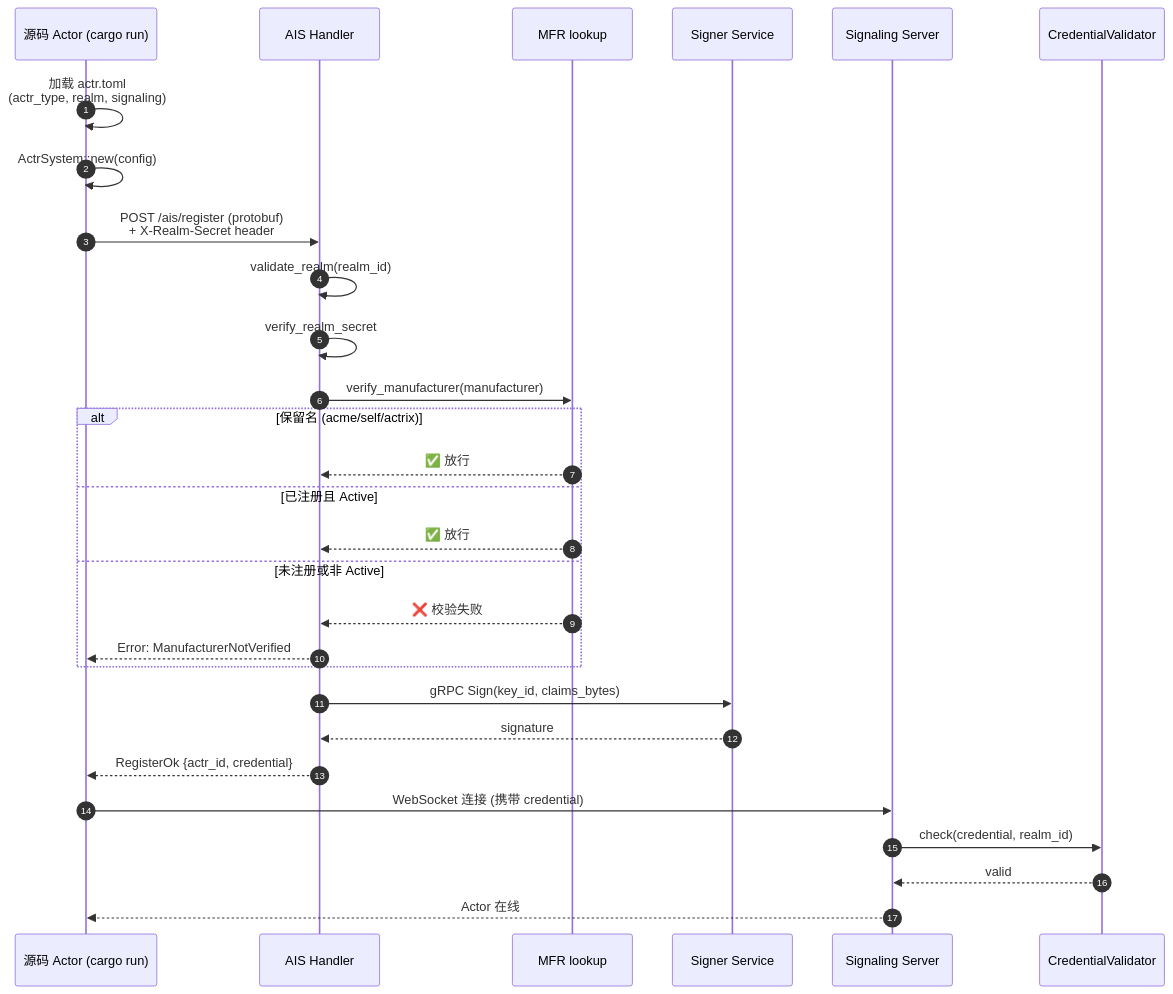
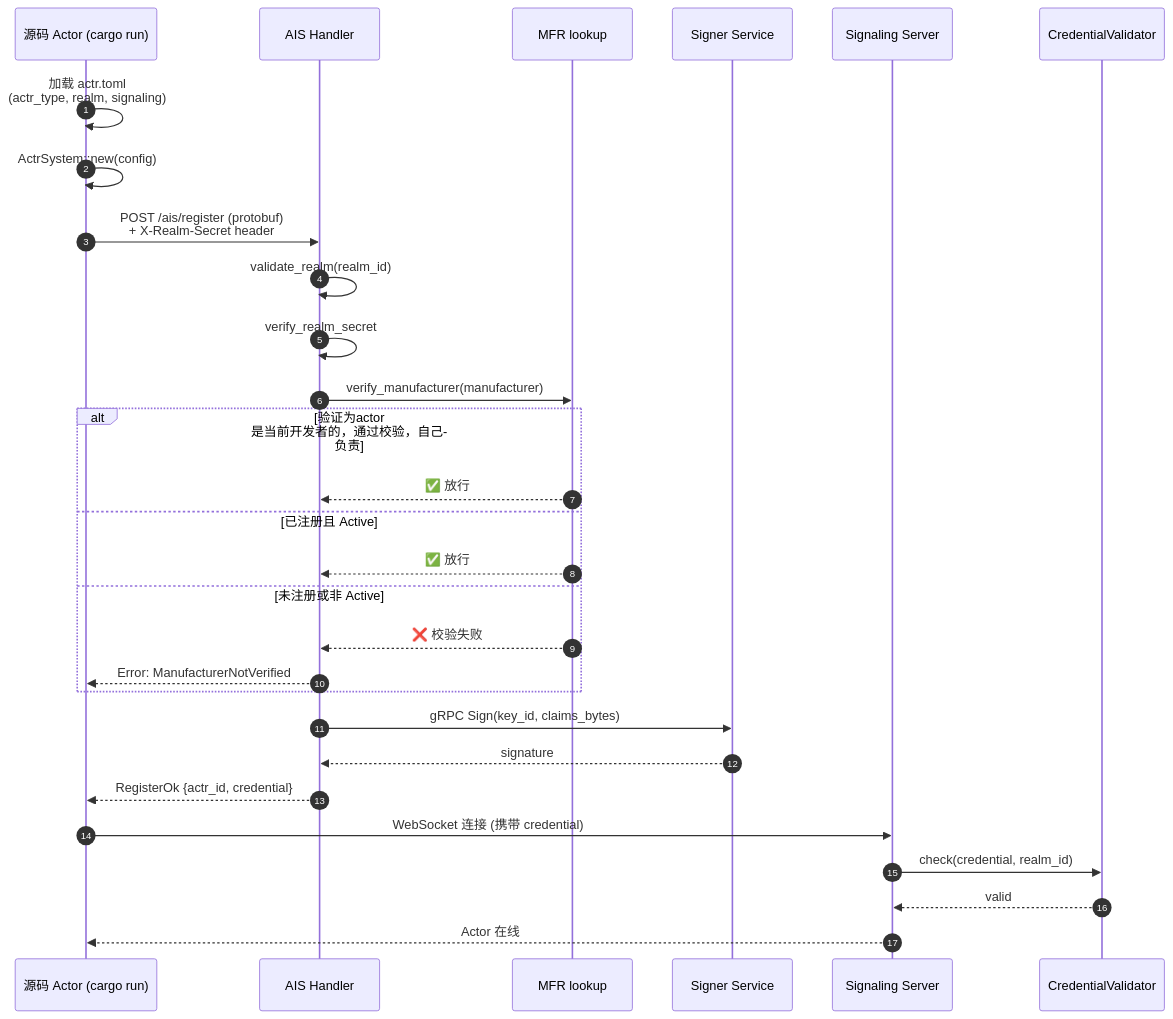
Before and after one commit to Actrium/actr: the ninth of 9 diagrams in docs/actr-sign-sequence-diagram.zh.md, drawn with Mermaid. The commit also changed other lines of this file and 1 other file, not shown here.

Commit message:
docs: update alt branch description in Native Mode sequence diagram

````diff
--- a/docs/actr-sign-sequence-diagram.zh.md
+++ b/docs/actr-sign-sequence-diagram.zh.md
@@ -314,32 +314,32 @@
 ```mermaid
 sequenceDiagram
     autonumber
     participant App as 源码 Actor (cargo run)
     participant AIS as AIS Handler
     participant MFR as MFR lookup
     participant Signer as Signer Service
     participant Signaling as Signaling Server
     participant Validator as CredentialValidator
 
     App->>App: 加载 actr.toml<br/>(actr_type, realm, signaling)
     App->>App: ActrSystem::new(config)
     App->>AIS: POST /ais/register (protobuf)<br/>+ X-Realm-Secret header
     AIS->>AIS: validate_realm(realm_id)
     AIS->>AIS: verify_realm_secret
     AIS->>MFR: verify_manufacturer(manufacturer)
-    alt 保留名 (acme/self/actrix)
+    alt 验证为actor 是当前开发者的，通过校验，自己负责
         MFR-->>AIS: ✅ 放行
     else 已注册且 Active
         MFR-->>AIS: ✅ 放行
     else 未注册或非 Active
         MFR-->>AIS: ❌ 校验失败
         AIS-->>App: Error: ManufacturerNotVerified
     end
     AIS->>Signer: gRPC Sign(key_id, claims_bytes)
     Signer-->>AIS: signature
     AIS-->>App: RegisterOk {actr_id, credential}
     App->>Signaling: WebSocket 连接 (携带 credential)
     Signaling->>Validator: check(credential, realm_id)
     Validator-->>Signaling: valid
     Signaling-->>App: Actor 在线
 ```
````
